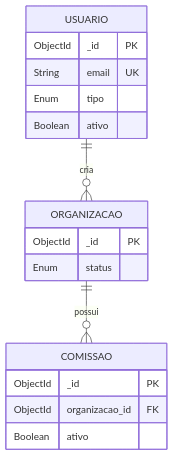
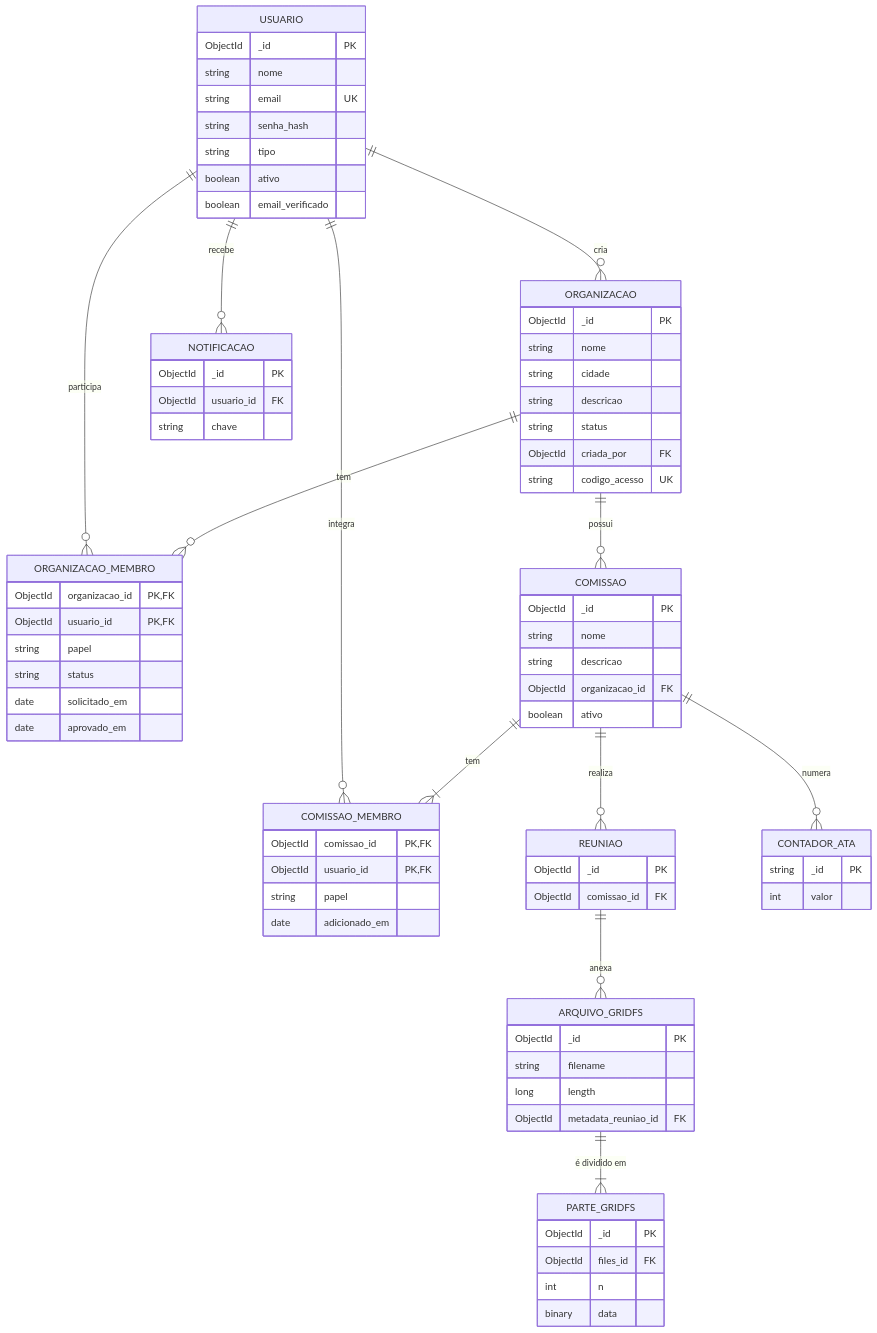
Before and after one commit to Conecta-IFSP/DOCUMENTATION: the diagram in 2 - Incremento1/informacao-sistemas/4 - diagrama-relacional-informacao-sistemas.md, drawn with Mermaid. The commit also changed other lines of this file and 54 other files, not shown here.

````diff
--- a/2 - Incremento1/informacao-sistemas/4 - diagrama-relacional-informacao-sistemas.md
+++ b/2 - Incremento1/informacao-sistemas/4 - diagrama-relacional-informacao-sistemas.md
@@ -11,21 +11,79 @@
 ```mermaid
 erDiagram
-    USUARIO ||--o{ ORGANIZACAO : "cria"
-    ORGANIZACAO ||--o{ COMISSAO : "possui"
+    USUARIO ||--o{ ORGANIZACAO : cria
+    ORGANIZACAO ||--o{ ORGANIZACAO_MEMBRO : tem
+    USUARIO ||--o{ ORGANIZACAO_MEMBRO : participa
+    ORGANIZACAO ||--o{ COMISSAO : possui
+    COMISSAO ||--|{ COMISSAO_MEMBRO : tem
+    USUARIO ||--o{ COMISSAO_MEMBRO : integra
+    COMISSAO ||--o{ REUNIAO : realiza
+    REUNIAO ||--o{ ARQUIVO_GRIDFS : anexa
+    ARQUIVO_GRIDFS ||--|{ PARTE_GRIDFS : "é dividido em"
+    COMISSAO ||--o{ CONTADOR_ATA : numera
+    USUARIO ||--o{ NOTIFICACAO : recebe
 
     USUARIO {
         ObjectId _id PK
-        String email UK
-        Enum tipo
-        Boolean ativo
+        string nome
+        string email UK
+        string senha_hash
+        string tipo
+        boolean ativo
+        boolean email_verificado
     }
     ORGANIZACAO {
         ObjectId _id PK
-        Enum status
+        string nome
+        string cidade
+        string descricao
+        string status
+        ObjectId criada_por FK
+        string codigo_acesso UK
+    }
+    ORGANIZACAO_MEMBRO {
+        ObjectId organizacao_id PK,FK
+        ObjectId usuario_id PK,FK
+        string papel
+        string status
+        date solicitado_em
+        date aprovado_em
     }
     COMISSAO {
         ObjectId _id PK
+        string nome
+        string descricao
         ObjectId organizacao_id FK
-        Boolean ativo
+        boolean ativo
+    }
+    COMISSAO_MEMBRO {
+        ObjectId comissao_id PK,FK
+        ObjectId usuario_id PK,FK
+        string papel
+        date adicionado_em
+    }
+    REUNIAO {
+        ObjectId _id PK
+        ObjectId comissao_id FK
+    }
+    ARQUIVO_GRIDFS {
+        ObjectId _id PK
+        string filename
+        long length
+        ObjectId metadata_reuniao_id FK
+    }
+    PARTE_GRIDFS {
+        ObjectId _id PK
+        ObjectId files_id FK
+        int n
+        binary data
+    }
+    CONTADOR_ATA {
+        string _id PK
+        int valor
+    }
+    NOTIFICACAO {
+        ObjectId _id PK
+        ObjectId usuario_id FK
+        string chave
     }
 ```
````
